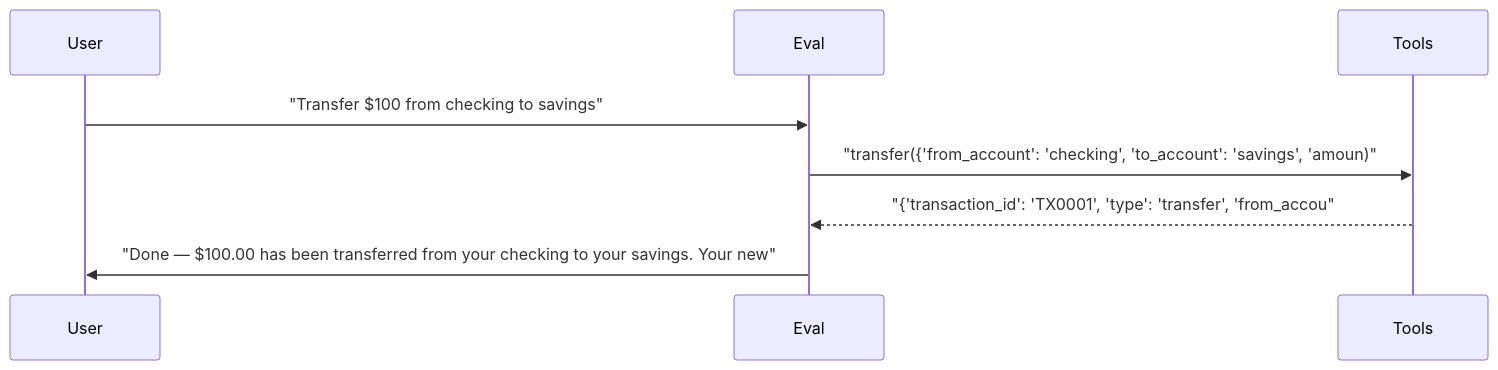
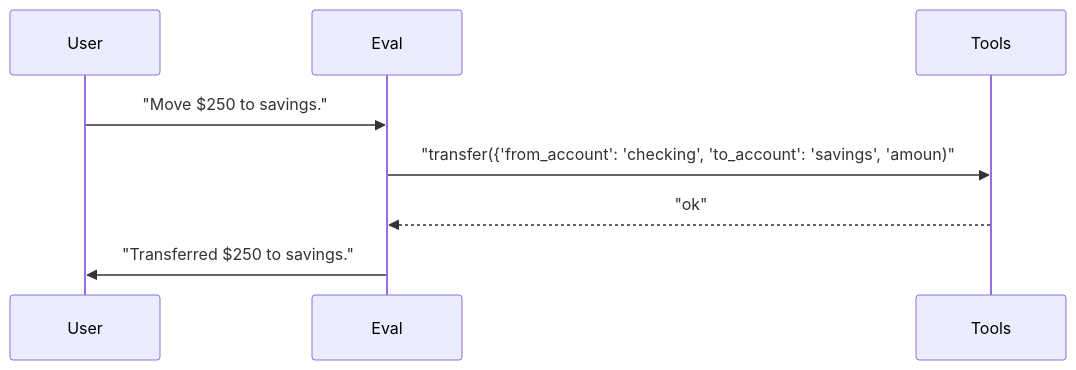
Before and after one commit to sbroenne/pytest-skill-engineering: the third of 4 diagrams in docs/reports/03_multi_agent_sessions.md, drawn with Mermaid. The commit also changed other lines of this file and 137 other files, not shown here.

````diff
--- a/docs/reports/03_multi_agent_sessions.md
+++ b/docs/reports/03_multi_agent_sessions.md
@@ -236,11 +124,11 @@
 ```mermaid
 sequenceDiagram
     participant User
     participant Eval
     participant Tools
 
-    User->>Eval: "Transfer $100 from checking to savings"
+    User->>Eval: "Move $250 to savings."
     Eval->>Tools: "transfer({'from_account': 'checking', 'to_account': 'savings', 'amoun)"
-    Tools-->>Eval: "{'transaction_id': 'TX0001', 'type': 'transfer', 'from_accou"
-    Eval->>User: "Done — $100.00 has been transferred from your checking to your savings. Your new"
+    Tools-->>Eval: "ok"
+    Eval->>User: "Transferred $250 to savings."
 ```
````
